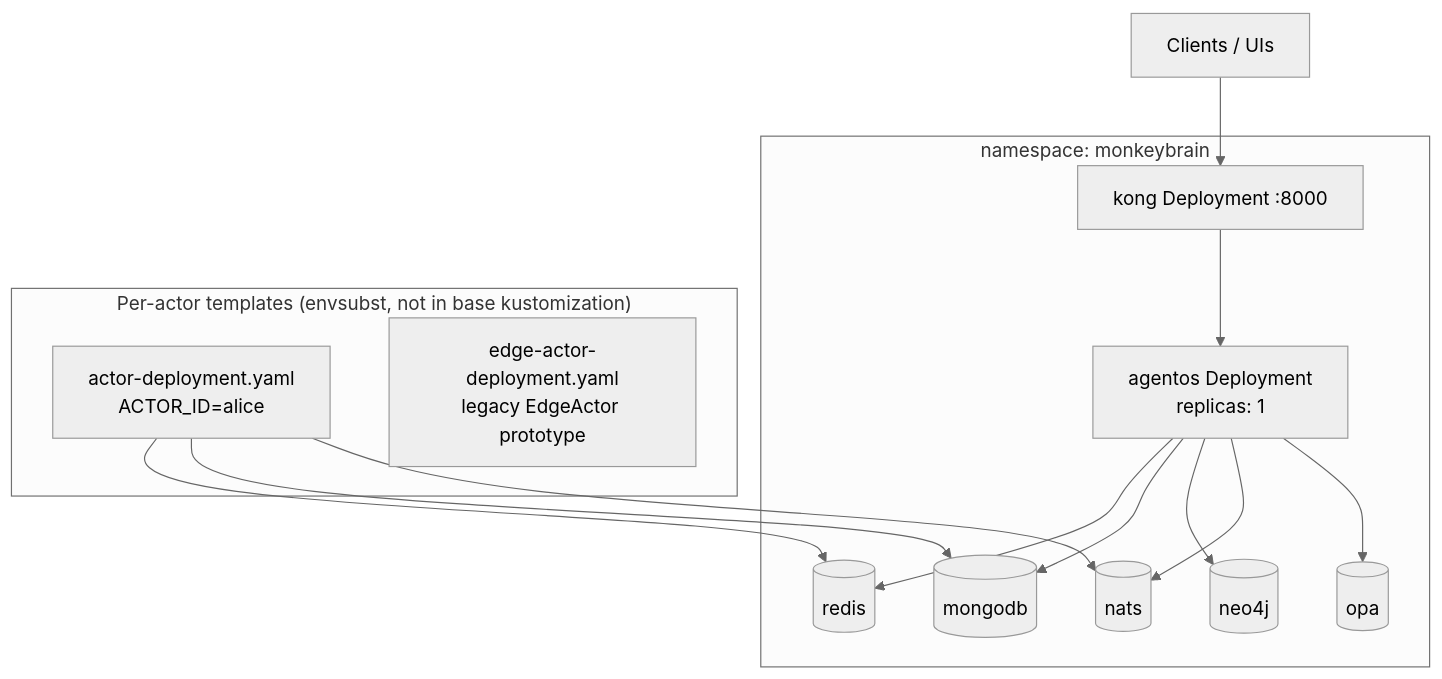
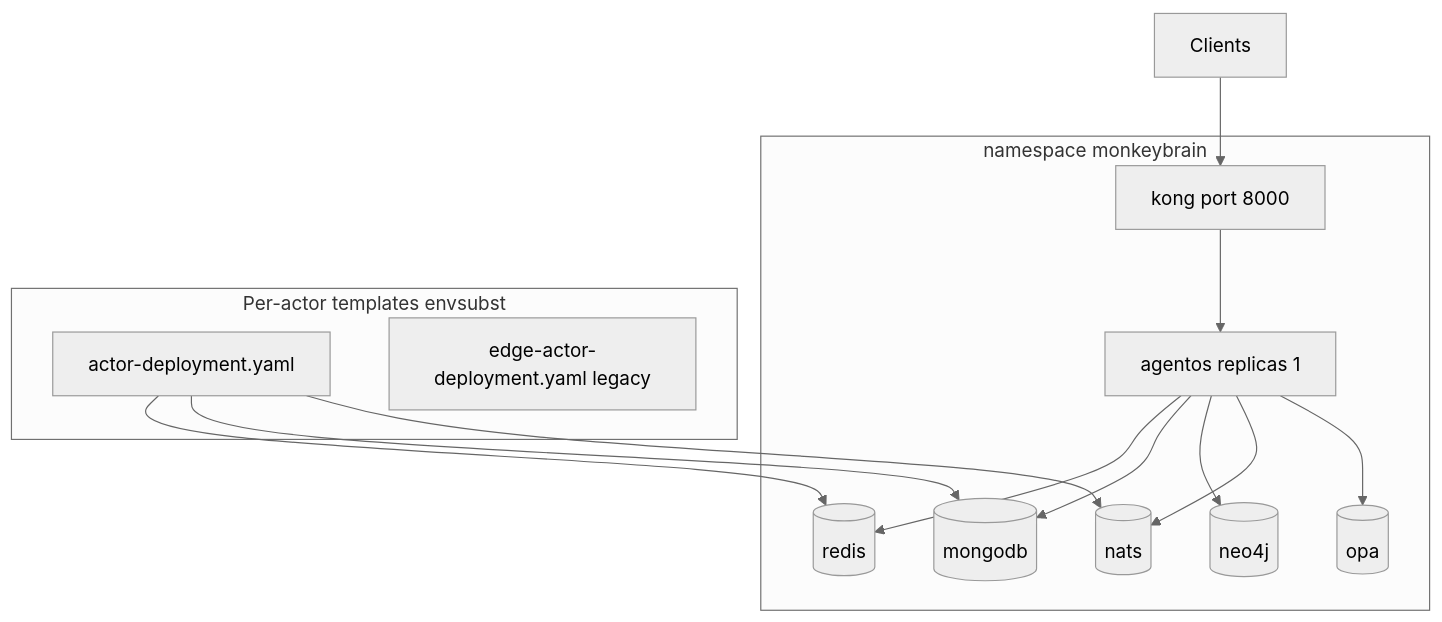
One commit to monkeypatched-stack/cogitive-os changed the fifth of 22 diagrams in docs/DIAGRAMS.md. Above: the diagram before and after it, drawn with Mermaid (neutral theme). The commit also changed other lines of this file, not shown here.

Commit message:
adding diagrams

````diff
--- a/docs/DIAGRAMS.md
+++ b/docs/DIAGRAMS.md
@@ -197,21 +211,28 @@
 ```mermaid
-graph TB
-    subgraph NS["namespace: monkeybrain"]
-        KONG["kong Deployment :8000"]
-        AGENTOS["agentos Deployment<br/>replicas: 1"]
+flowchart TB
+    subgraph nsGrp["namespace monkeybrain"]
+        KONG["kong port 8000"]
+        AGENTOS["agentos replicas 1"]
         REDIS[("redis")]
         MONGO[("mongodb")]
         NEO[("neo4j")]
         NATS[("nats")]
         OPA[("opa")]
     end
 
-    subgraph PerActor["Per-actor templates (envsubst, not in base kustomization)"]
-        POD["actor-deployment.yaml<br/>ACTOR_ID=alice"]
-        EDGE["edge-actor-deployment.yaml<br/>legacy EdgeActor prototype"]
+    subgraph templatesGrp["Per-actor templates envsubst"]
+        POD["actor-deployment.yaml"]
+        EDGE["edge-actor-deployment.yaml legacy"]
     end
 
-    EXT["Clients / UIs"] --> KONG --> AGENTOS
-    AGENTOS --> REDIS & MONGO & NEO & NATS & OPA
-    POD --> REDIS & MONGO & NATS
+    EXT["Clients"] --> KONG
+    KONG --> AGENTOS
+    AGENTOS --> REDIS
+    AGENTOS --> MONGO
+    AGENTOS --> NEO
+    AGENTOS --> NATS
+    AGENTOS --> OPA
+    POD --> REDIS
+    POD --> MONGO
+    POD --> NATS
 ```
````
